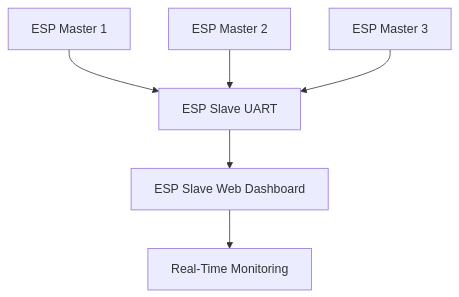
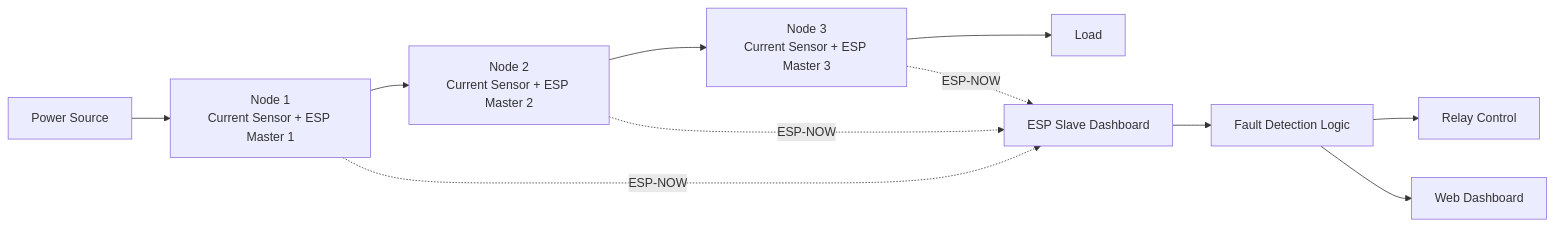
Before and after one commit to ayush-uttam/Real-Time-Low-Voltage-Line-Fault-Detection-System: the first of 2 diagrams in README.md, drawn with Mermaid.

Commit message:
Added all files

````diff
--- a/README.md
+++ b/README.md
@@ -27,18 +27,18 @@
 ```mermaid
-graph TD
-    M1[ESP Master 1]
-    M2[ESP Master 2]
-    M3[ESP Master 3]
+flowchart LR
 
-    UART[ESP Slave UART]
+    P[Power Source]
 
-    WEB[ESP Slave Web Dashboard]
+    P --> N1[Node 1<br/>Current Sensor + ESP Master 1]
+    N1 --> N2[Node 2<br/>Current Sensor + ESP Master 2]
+    N2 --> N3[Node 3<br/>Current Sensor + ESP Master 3]
+    N3 --> L[Load]
 
-    M1 --> UART
-    M2 --> UART
-    M3 --> UART
+    N1 -. ESP-NOW .-> S[ESP Slave Dashboard]
+    N2 -. ESP-NOW .-> S
+    N3 -. ESP-NOW .-> S
 
-    UART --> WEB
-
-    WEB --> Dashboard[Real-Time Monitoring]
+    S --> F[Fault Detection Logic]
+    F --> R[Relay Control]
+    F --> D[Web Dashboard]
 ```
````
